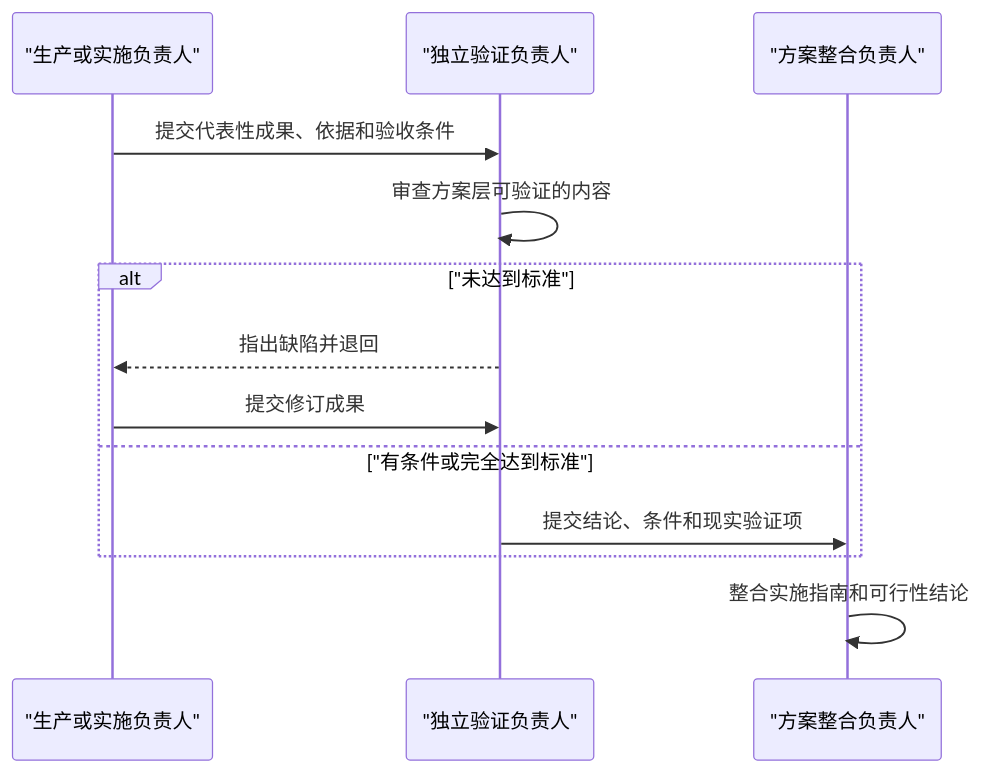
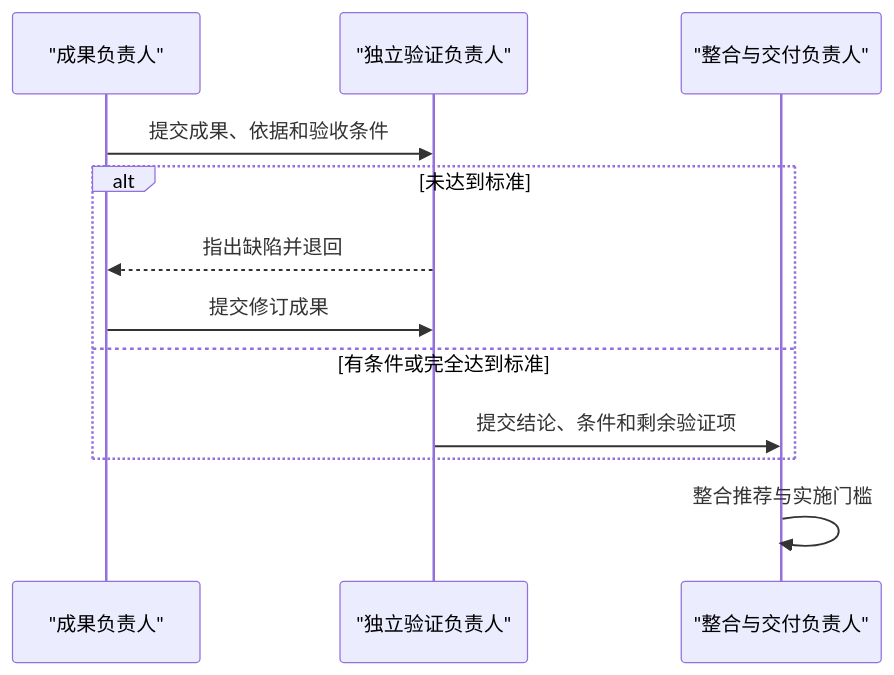
Before and after one commit to yantaolu/goal-orchestrator: the second of 2 diagrams in references/simulation-protocol.md, drawn with Mermaid. The commit also changed other lines of this file and 9 other files, not shown here.

````diff
--- a/references/simulation-protocol.md
+++ b/references/simulation-protocol.md
@@ -197,15 +136,14 @@
 ```mermaid
 sequenceDiagram
-    participant P as "生产或实施负责人"
+    participant P as "成果负责人"
     participant V as "独立验证负责人"
-    participant I as "方案整合负责人"
-    P->>V: 提交代表性成果、依据和验收条件
-    V->>V: 审查方案层可验证的内容
-    alt "未达到标准"
+    participant I as "整合与交付负责人"
+    P->>V: 提交成果、依据和验收条件
+    alt 未达到标准
         V-->>P: 指出缺陷并退回
         P->>V: 提交修订成果
-    else "有条件或完全达到标准"
-        V->>I: 提交结论、条件和现实验证项
+    else 有条件或完全达到标准
+        V->>I: 提交结论、条件和剩余验证项
     end
-    I->>I: 整合实施指南和可行性结论
+    I->>I: 整合推荐与实施门槛
 ```
````
